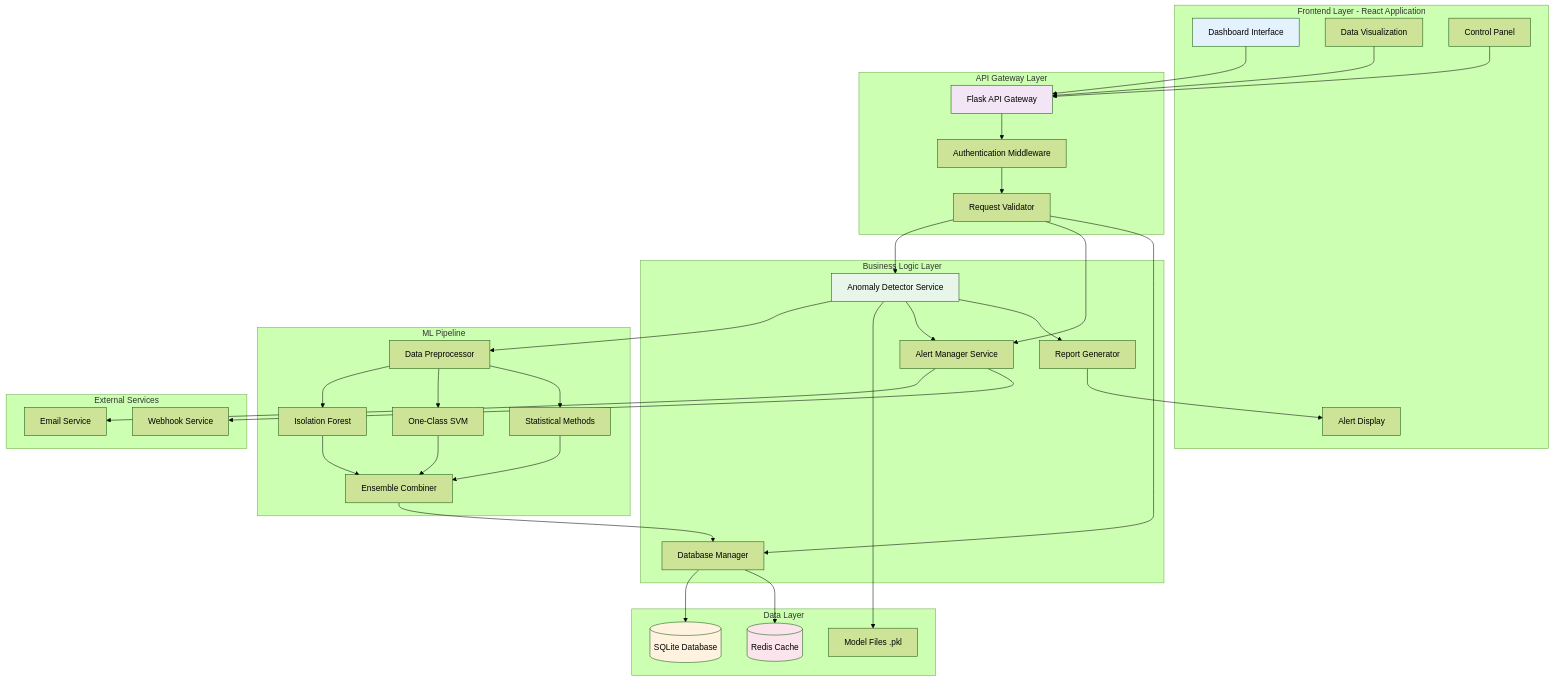
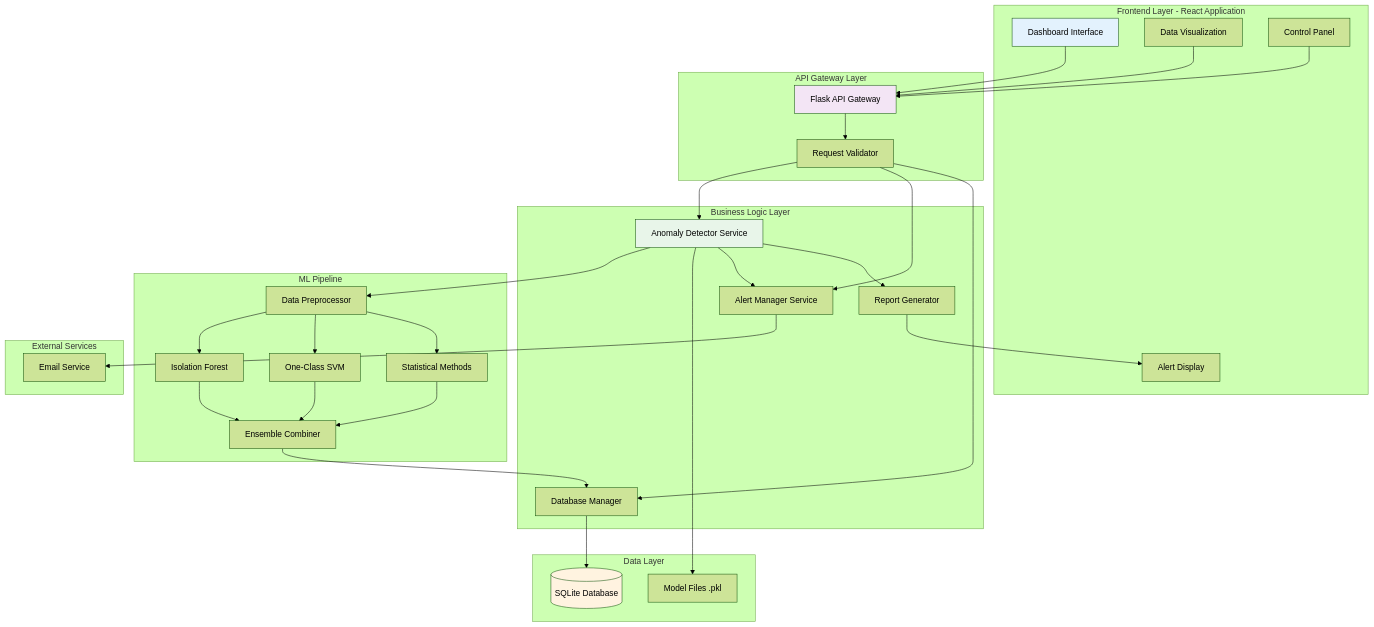
One commit to galafis/Anomaly-Detection-System changed the first of 4 diagrams in docs/ARCHITECTURE.md. Above: the diagram before and after it, drawn with Mermaid (forest theme). The commit also changed other lines of this file and 12 other files, not shown here.

````diff
--- a/docs/ARCHITECTURE.md
+++ b/docs/ARCHITECTURE.md
@@ -9,76 +9,69 @@
 ```mermaid
 graph TB
     subgraph "Frontend Layer - React Application"
         UI[Dashboard Interface]
         VIZ[Data Visualization]
         CTRL[Control Panel]
         ALERT[Alert Display]
     end
     
     subgraph "API Gateway Layer"
         GATE[Flask API Gateway]
-        AUTH[Authentication Middleware]
         VALID[Request Validator]
     end
     
     subgraph "Business Logic Layer"
         DET[Anomaly Detector Service]
         ALT[Alert Manager Service]
         DB_MGR[Database Manager]
         REP[Report Generator]
     end
     
     subgraph "ML Pipeline"
         PREP[Data Preprocessor]
         ISO[Isolation Forest]
         SVM[One-Class SVM]
         STAT[Statistical Methods]
         ENS[Ensemble Combiner]
     end
     
     subgraph "Data Layer"
         SQL[(SQLite Database)]
-        REDIS[(Redis Cache)]
         FILES[Model Files .pkl]
     end
     
     subgraph "External Services"
         EMAIL[Email Service]
-        WEBHOOK[Webhook Service]
     end
     
     UI --> GATE
     VIZ --> GATE
     CTRL --> GATE
-    GATE --> AUTH
-    AUTH --> VALID
+    GATE --> VALID
     VALID --> DET
     VALID --> ALT
     VALID --> DB_MGR
     
     DET --> PREP
     PREP --> ISO
     PREP --> SVM
     PREP --> STAT
     ISO --> ENS
     SVM --> ENS
     STAT --> ENS
     
     ENS --> DB_MGR
     DB_MGR --> SQL
-    DB_MGR --> REDIS
     
     DET --> FILES
     DET --> ALT
     ALT --> EMAIL
-    ALT --> WEBHOOK
     
     DET --> REP
     REP --> ALERT
     
     style UI fill:#e3f2fd
     style GATE fill:#f3e5f5
     style DET fill:#e8f5e9
     style SQL fill:#fff3e0
-    style REDIS fill:#fce4ec
 ```
````
